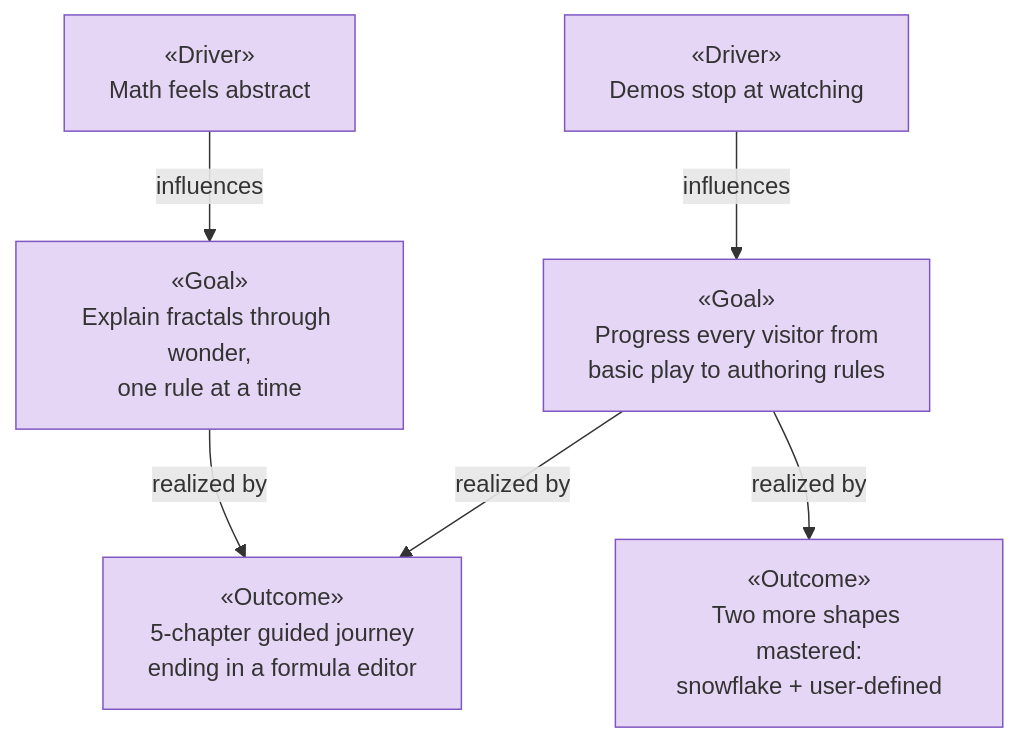
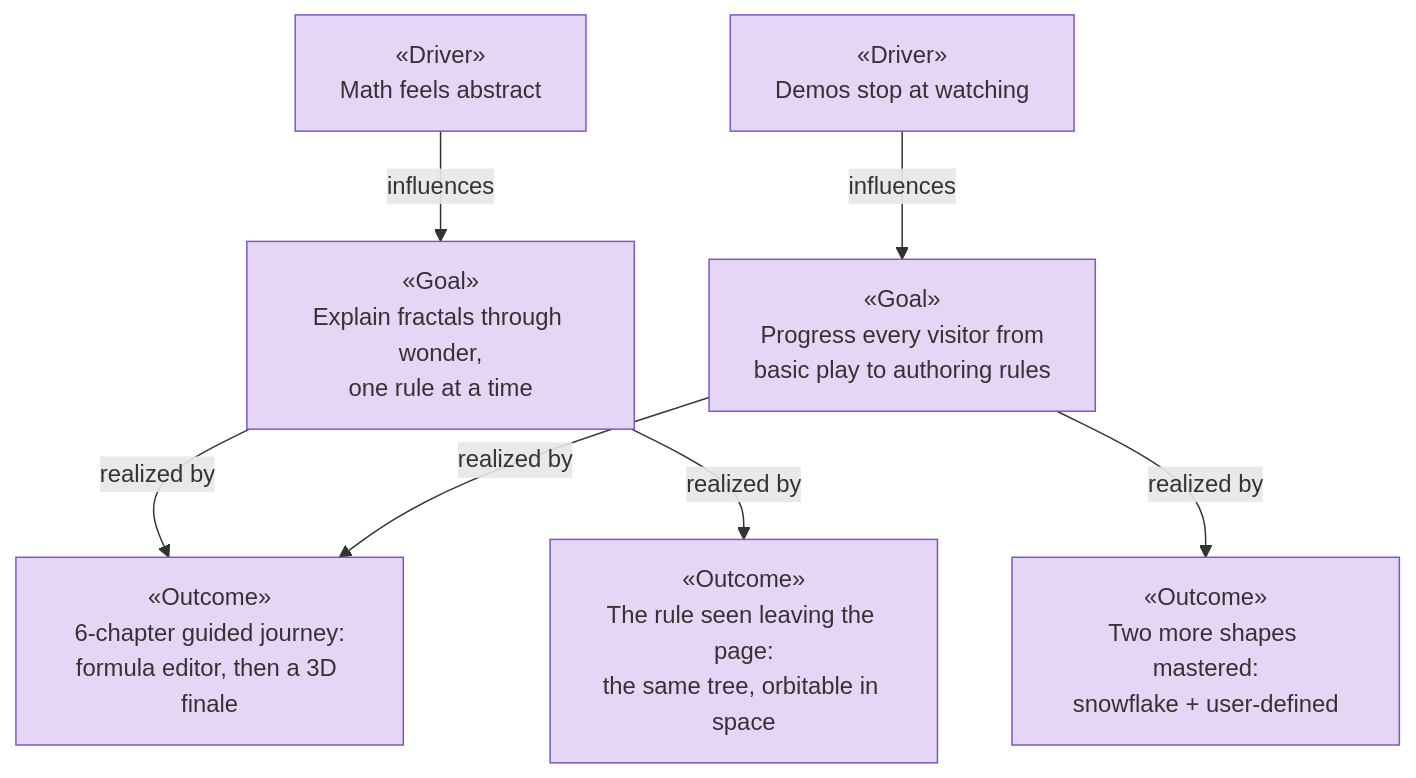
The diagram in docs/ea/1_strategy/1_motivation.md (roanboc/fractal-tree-generator), drawn with Mermaid before and after one commit. The commit also changed other lines of this file and 42 other files, not shown here.

First line of the commit message:
feat: add chapter 6 — the tree in 3D — plus journey-wide bridges and focus rings

````diff
--- a/docs/ea/1_strategy/1_motivation.md
+++ b/docs/ea/1_strategy/1_motivation.md
@@ -28,17 +28,19 @@
 ```mermaid
 flowchart TB
   d1["«Driver»<br>Math feels abstract"]:::motivation
   d2["«Driver»<br>Demos stop at watching"]:::motivation
   g1["«Goal»<br>Explain fractals through wonder,<br>one rule at a time"]:::motivation
   g2["«Goal»<br>Progress every visitor from<br>basic play to authoring rules"]:::motivation
-  o1["«Outcome»<br>5-chapter guided journey<br>ending in a formula editor"]:::motivation
+  o1["«Outcome»<br>6-chapter guided journey:<br>formula editor, then a 3D finale"]:::motivation
   o2["«Outcome»<br>Two more shapes mastered:<br>snowflake + user-defined"]:::motivation
+  o3["«Outcome»<br>The rule seen leaving the page:<br>the same tree, orbitable in space"]:::motivation
 
   d1 -->|influences| g1
   d2 -->|influences| g2
   g1 -->|realized by| o1
   g2 -->|realized by| o1
   g2 -->|realized by| o2
+  g1 -->|realized by| o3
 
   classDef motivation fill:#e6d6f5,stroke:#7e57c2,color:#333
 ```
````
